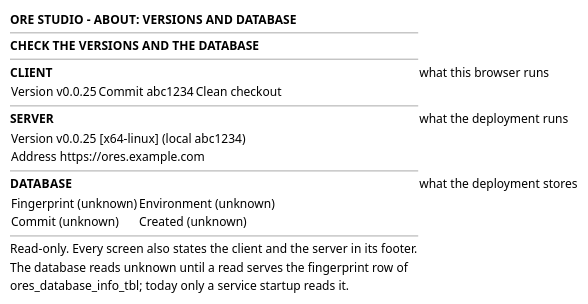
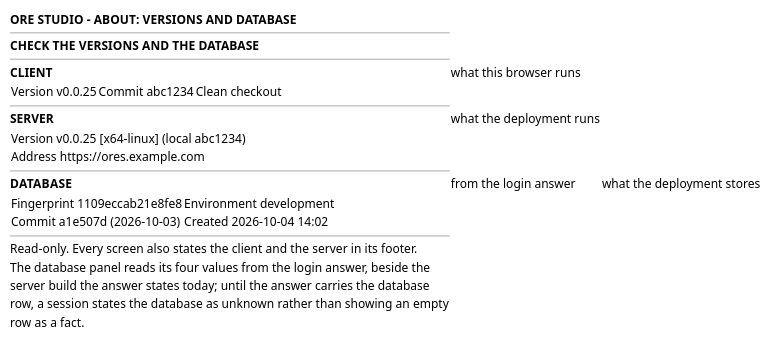
One commit to OreStudio/OreStudio changed the diagram in doc/knowledge/journeys/operations/wireframe_check_the_versions_and_the_database.puml. Above: the diagram before and after it, drawn with PlantUML. The commit also changed 19 other files, not shown here.

```diff
--- a/doc/knowledge/journeys/operations/wireframe_check_the_versions_and_the_database.puml
+++ b/doc/knowledge/journeys/operations/wireframe_check_the_versions_and_the_database.puml
@@ -18,31 +18,33 @@
 @startuml
 
 salt
 {
   <b>ORE STUDIO - ABOUT: VERSIONS AND DATABASE</b>
   --
   <b>CHECK THE VERSIONS AND THE DATABASE</b>
   --
   <b>CLIENT</b> | what this browser runs
   {
     Version v0.0.25 | Commit abc1234 | Clean checkout
   }
   --
   <b>SERVER</b> | what the deployment runs
   {
     Version v0.0.25 [x64-linux] (local abc1234)
     Address https://ores.example.com
   }
   --
-  <b>DATABASE</b> | what the deployment stores
+  <b>DATABASE</b> | from the login answer | what the deployment stores
   {
-    Fingerprint (unknown) | Environment (unknown)
-    Commit (unknown) | Created (unknown)
+    Fingerprint 1109eccab21e8fe8 | Environment development
+    Commit a1e507d (2026-10-03) | Created 2026-10-04 14:02
   }
   --
   Read-only. Every screen also states the client and the server in its footer.
-  The database reads unknown until a read serves the fingerprint row of
-  ores_database_info_tbl; today only a service startup reads it.
+  The database panel reads its four values from the login answer, beside the
+  server build the answer states today; until the answer carries the database
+  row, a session states the database as unknown rather than showing an empty
+  row as a fact.
 }
 
 @enduml
```
